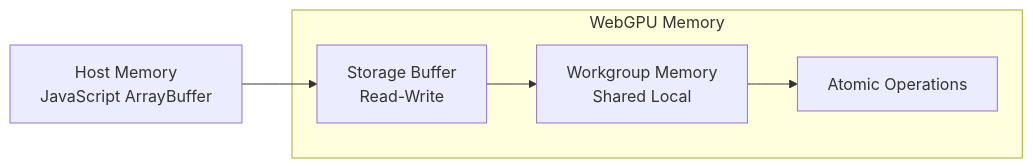
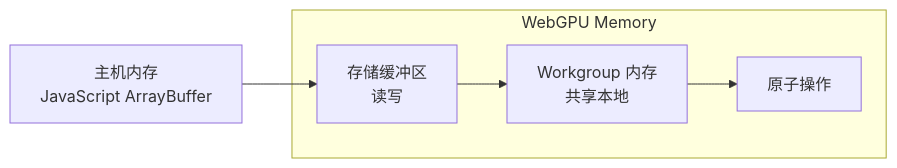
One commit to build-workbench/webgpu-sorting changed the second of 2 diagrams in docs/architecture.md. Above: the diagram before and after it, drawn with Mermaid. The commit also changed other lines of this file and 18 other files, not shown here.

````diff
--- a/docs/architecture.md
+++ b/docs/architecture.md
@@ -125,9 +125,9 @@
 ```mermaid
 graph LR
     subgraph WebGPU Memory
-        A[Storage Buffer<br/>Read-Write] --> B[Workgroup Memory<br/>Shared Local]
-        B --> C[Atomic Operations]
+        A[存储缓冲区<br/>读写] --> B[Workgroup 内存<br/>共享本地]
+        B --> C[原子操作]
     end
 
-    D[Host Memory<br/>JavaScript ArrayBuffer] --> A
+    D[主机内存<br/>JavaScript ArrayBuffer] --> A
 ```
````
